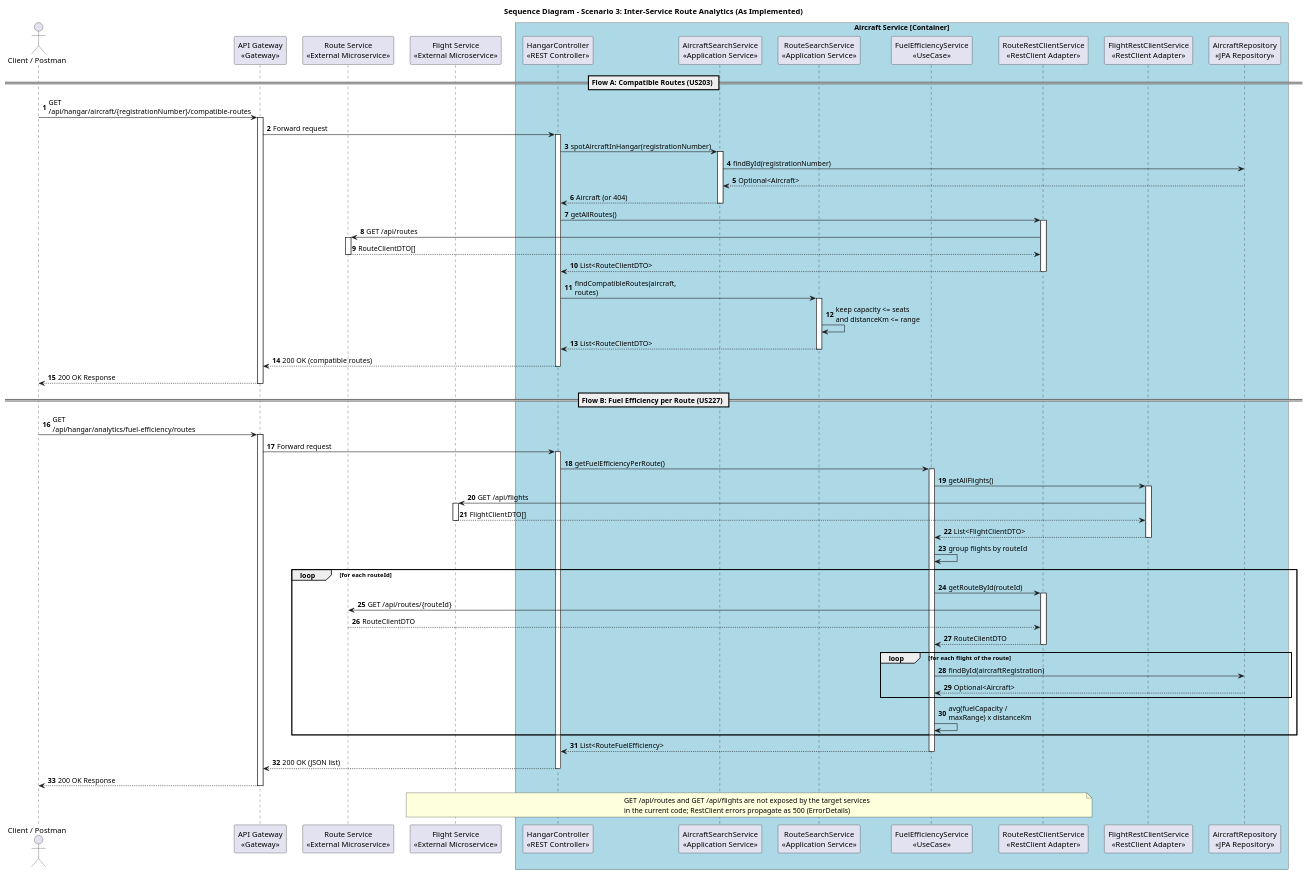
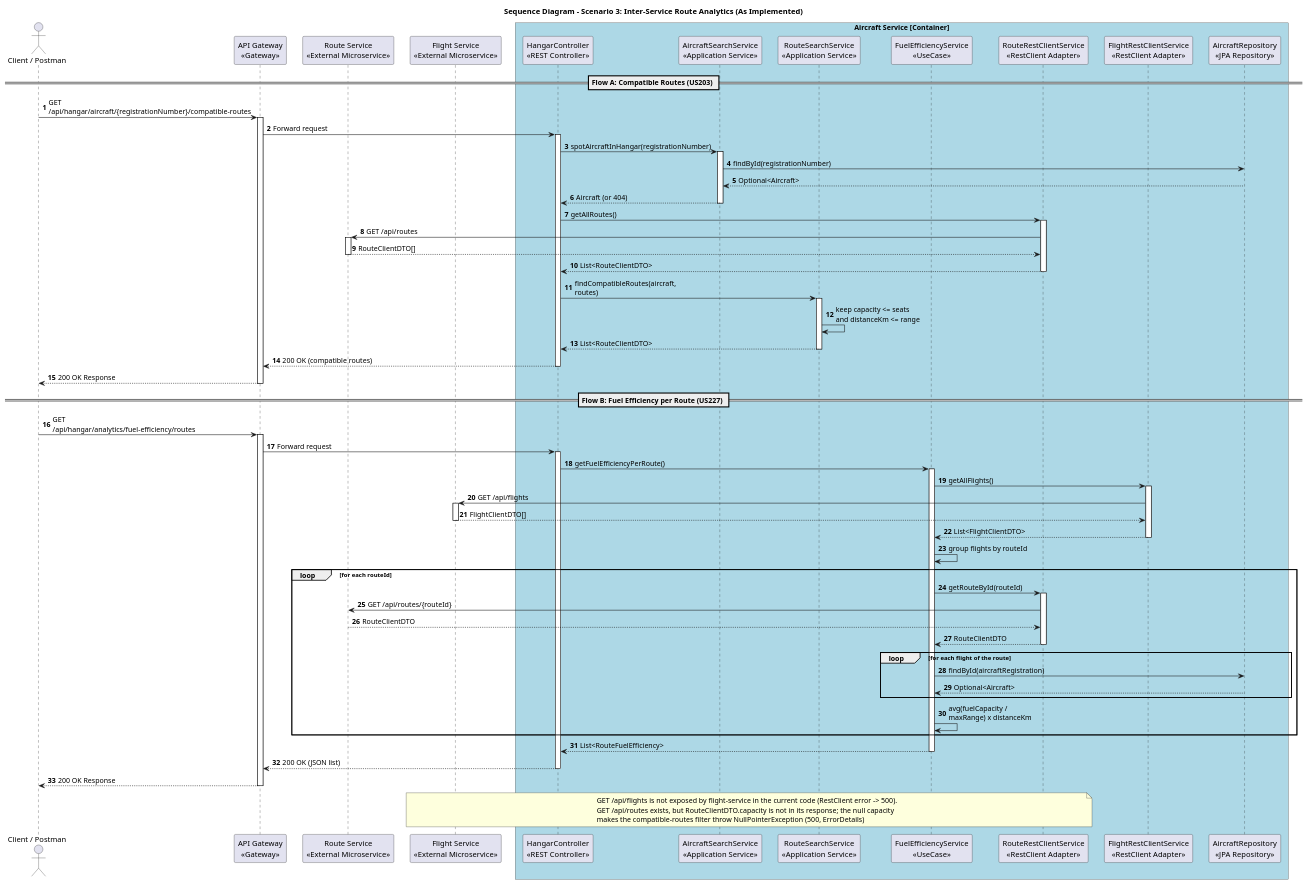
The diagram in aircraft-service/docs/sequence-diagrams/scenario-3-route-analytics.puml (8126Lucas/SIDIS_G6_3DA), drawn with PlantUML before and after one commit. The commit also changed 13 other files, not shown here.

```diff
--- a/aircraft-service/docs/sequence-diagrams/scenario-3-route-analytics.puml
+++ b/aircraft-service/docs/sequence-diagrams/scenario-3-route-analytics.puml
@@ -1,113 +1,113 @@
 @startuml
 skinparam responseMessageBelowArrow true
 skinparam maxMessageSize 180
 skinparam boxPadding 10
 skinparam participantPadding 10
 skinparam shadowing false
 
 title Sequence Diagram - Scenario 3: Inter-Service Route Analytics (As Implemented)
 
 autonumber
 
 actor "Client / Postman" as client
 participant "API Gateway\n<<Gateway>>" as gateway
 participant "HangarController\n<<REST Controller>>" as controller
 participant "AircraftSearchService\n<<Application Service>>" as search_svc
 participant "RouteSearchService\n<<Application Service>>" as route_search
 participant "FuelEfficiencyService\n<<UseCase>>" as fuel_uc
 participant "RouteRestClientService\n<<RestClient Adapter>>" as route_client
 participant "FlightRestClientService\n<<RestClient Adapter>>" as flight_client
 participant "AircraftRepository\n<<JPA Repository>>" as repo
 participant "Route Service\n<<External Microservice>>" as route_api
 participant "Flight Service\n<<External Microservice>>" as flight_api
 
 box "Aircraft Service [Container]" #LightBlue
     participant controller
     participant search_svc
     participant route_search
     participant fuel_uc
     participant route_client
     participant flight_client
     participant repo
 end box
 
 == Flow A: Compatible Routes (US203) ==
 
 client -> gateway : GET /api/hangar/aircraft/{registrationNumber}/compatible-routes
 activate gateway
 gateway -> controller : Forward request
 activate controller
 
 controller -> search_svc : spotAircraftInHangar(registrationNumber)
 activate search_svc
 search_svc -> repo : findById(registrationNumber)
 repo --> search_svc : Optional<Aircraft>
 search_svc --> controller : Aircraft (or 404)
 deactivate search_svc
 
 controller -> route_client : getAllRoutes()
 activate route_client
 route_client -> route_api : GET /api/routes
 activate route_api
 route_api --> route_client : RouteClientDTO[]
 deactivate route_api
 route_client --> controller : List<RouteClientDTO>
 deactivate route_client
 
 controller -> route_search : findCompatibleRoutes(aircraft, routes)
 activate route_search
 route_search -> route_search : keep capacity <= seats\nand distanceKm <= range
 route_search --> controller : List<RouteClientDTO>
 deactivate route_search
 
 controller --> gateway : 200 OK (compatible routes)
 deactivate controller
 gateway --> client : 200 OK Response
 deactivate gateway
 
 == Flow B: Fuel Efficiency per Route (US227) ==
 
 client -> gateway : GET /api/hangar/analytics/fuel-efficiency/routes
 activate gateway
 gateway -> controller : Forward request
 activate controller
 
 controller -> fuel_uc : getFuelEfficiencyPerRoute()
 activate fuel_uc
 
 fuel_uc -> flight_client : getAllFlights()
 activate flight_client
 flight_client -> flight_api : GET /api/flights
 activate flight_api
 flight_api --> flight_client : FlightClientDTO[]
 deactivate flight_api
 flight_client --> fuel_uc : List<FlightClientDTO>
 deactivate flight_client
 
 fuel_uc -> fuel_uc : group flights by routeId
 
 loop for each routeId
     fuel_uc -> route_client : getRouteById(routeId)
     activate route_client
     route_client -> route_api : GET /api/routes/{routeId}
     route_api --> route_client : RouteClientDTO
     route_client --> fuel_uc : RouteClientDTO
     deactivate route_client
 
     loop for each flight of the route
         fuel_uc -> repo : findById(aircraftRegistration)
         repo --> fuel_uc : Optional<Aircraft>
     end
     fuel_uc -> fuel_uc : avg(fuelCapacity / maxRange) x distanceKm
 end
 
 fuel_uc --> controller : List<RouteFuelEfficiency>
 deactivate fuel_uc
 controller --> gateway : 200 OK (JSON list)
 deactivate controller
 gateway --> client : 200 OK Response
 deactivate gateway
 
-note over route_client, flight_api : GET /api/routes and GET /api/flights are not exposed by the target services\nin the current code; RestClient errors propagate as 500 (ErrorDetails)
+note over route_client, flight_api : GET /api/flights is not exposed by flight-service in the current code (RestClient error -> 500).\nGET /api/routes exists, but RouteClientDTO.capacity is not in its response; the null capacity\nmakes the compatible-routes filter throw NullPointerException (500, ErrorDetails)
 
 @enduml
```
